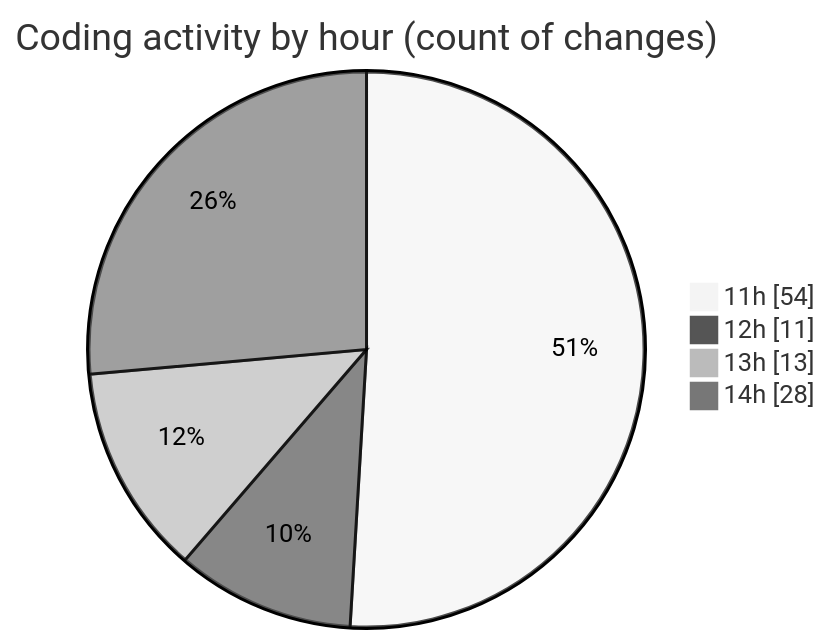
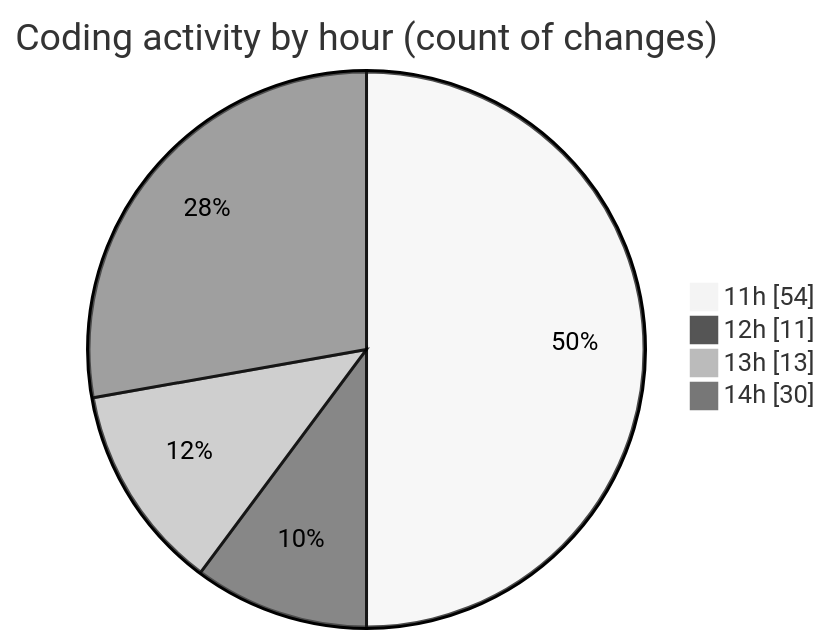
The second of 2 diagrams in 2025-03-17/audiobooks-web/README.md (robertbonfada/code-tracking), drawn with Mermaid (neutral theme) before and after one commit. The commit also changed other lines of this file and 1 other file, not shown here.

````diff
--- a/2025-03-17/audiobooks-web/README.md
+++ b/2025-03-17/audiobooks-web/README.md
@@ -41,8 +42,8 @@
 ```mermaid
 pie showData
 title Coding activity by hour (count of changes)
 "11h" : 54
 "12h" : 11
 "13h" : 13
-"14h" : 28
+"14h" : 30
 ```
````
